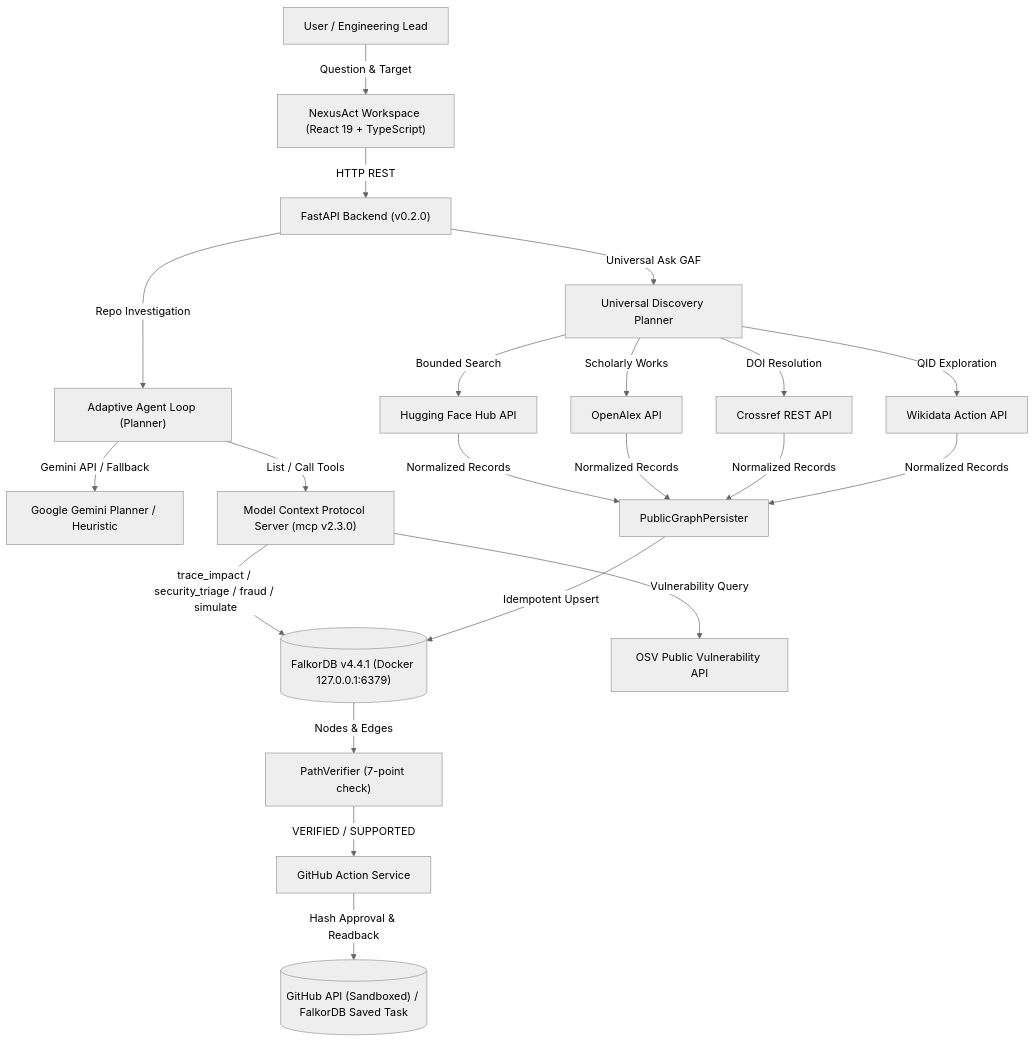
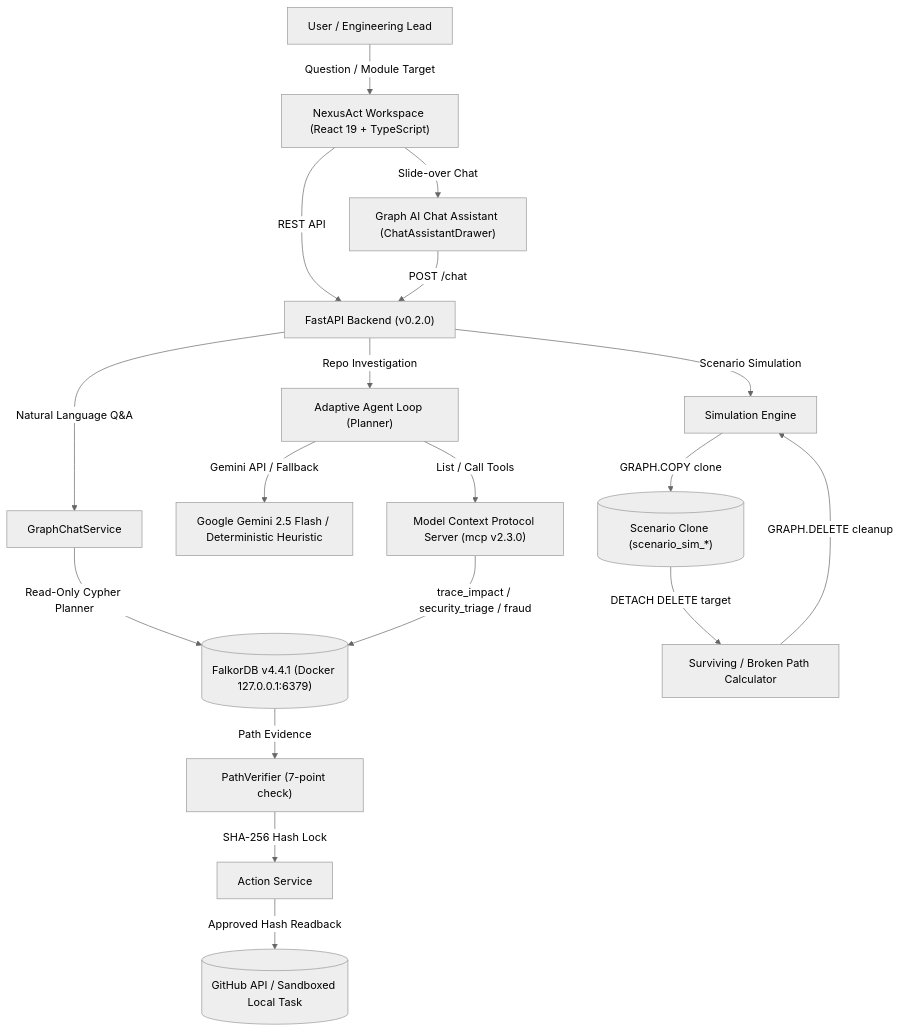
One commit to VishwanathArchakMR/NexusAct changed the diagram in README.md. Above: the diagram before and after it, drawn with Mermaid (neutral theme). The commit also changed other lines of this file and 14 other files, not shown here.

Commit message:
feat(phase23): deliver scenario simulation, reviewer intelligence, and graph AI chat drawer

````diff
--- a/README.md
+++ b/README.md
@@ -48,25 +61,26 @@
 ```mermaid
 graph TD
-    User["User / Engineering Lead"] -->|Question & Target| Workspace["NexusAct Workspace (React 19 + TypeScript)"]
-    Workspace -->|HTTP REST| API["FastAPI Backend (v0.2.0)"]
+    User["User / Engineering Lead"] -->|Question / Module Target| Workspace["NexusAct Workspace (React 19 + TypeScript)"]
+    Workspace -->|Slide-over Chat| ChatDrawer["Graph AI Chat Assistant (ChatAssistantDrawer)"]
+    
+    Workspace -->|REST API| API["FastAPI Backend (v0.2.0)"]
+    ChatDrawer -->|POST /chat| API
+    
     API -->|Repo Investigation| Agent["Adaptive Agent Loop (Planner)"]
-    API -->|Universal Ask GAF| Discovery["Universal Discovery Planner"]
+    API -->|Natural Language Q&A| ChatService["GraphChatService"]
+    API -->|Scenario Simulation| SimService["Simulation Engine"]
     
-    Agent -->|Gemini API / Fallback| LLM["Google Gemini Planner / Heuristic"]
+    Agent -->|Gemini API / Fallback| LLM["Google Gemini 2.5 Flash / Deterministic Heuristic"]
+    ChatService -->|Read-Only Cypher Planner| FalkorDB[("FalkorDB v4.4.1 (Docker 127.0.0.1:6379)")]
+    
+    SimService -->|GRAPH.COPY clone| ScenarioClone[("Scenario Clone (scenario_sim_*)")]
+    ScenarioClone -->|DETACH DELETE target| PathCalc["Surviving / Broken Path Calculator"]
+    PathCalc -->|GRAPH.DELETE cleanup| SimService
+    
     Agent -->|List / Call Tools| MCP["Model Context Protocol Server (mcp v2.3.0)"]
-    MCP -->|trace_impact / security_triage / fraud / simulate| FalkorDB[("FalkorDB v4.4.1 (Docker 127.0.0.1:6379)")]
+    MCP -->|trace_impact / security_triage / fraud| FalkorDB
     
-    MCP -->|Vulnerability Query| OSV["OSV Public Vulnerability API"]
-    
-    Discovery -->|Bounded Search| HF["Hugging Face Hub API"]
-    Discovery -->|Scholarly Works| OA["OpenAlex API"]
-    Discovery -->|DOI Resolution| CR["Crossref REST API"]
-    Discovery -->|QID Exploration| WD["Wikidata Action API"]
-    
-    HF & OA & CR & WD -->|Normalized Records| Persister["PublicGraphPersister"]
-    Persister -->|Idempotent Upsert| FalkorDB
-    
-    FalkorDB -->|Nodes & Edges| Verifier["PathVerifier (7-point check)"]
-    Verifier -->|VERIFIED / SUPPORTED| Action["GitHub Action Service"]
-    Action -->|Hash Approval & Readback| GitHub[("GitHub API (Sandboxed) / FalkorDB Saved Task")]
+    FalkorDB -->|Path Evidence| Verifier["PathVerifier (7-point check)"]
+    Verifier -->|SHA-256 Hash Lock| Action["Action Service"]
+    Action -->|Approved Hash Readback| GitHub[("GitHub API / Sandboxed Local Task")]
 ```
````
